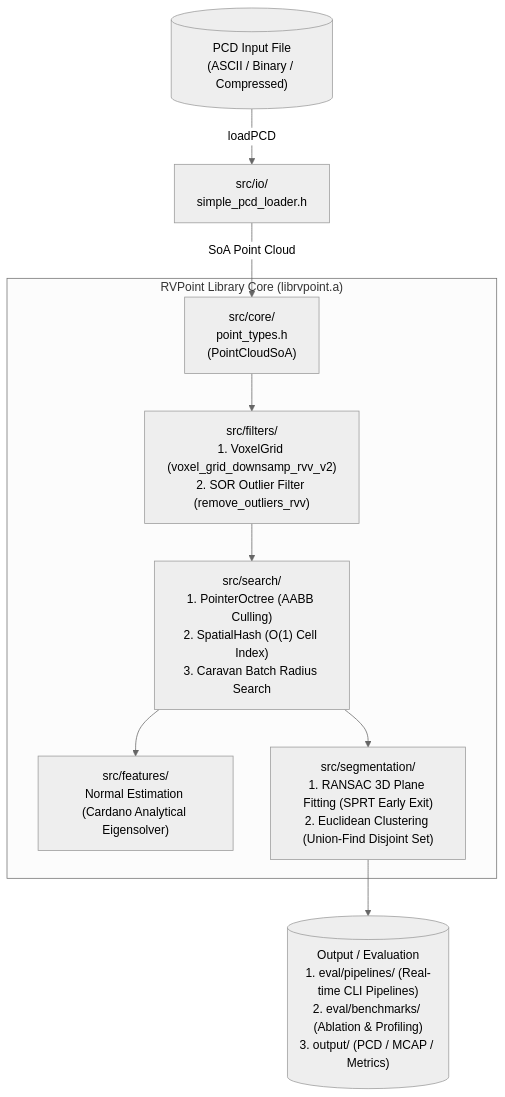
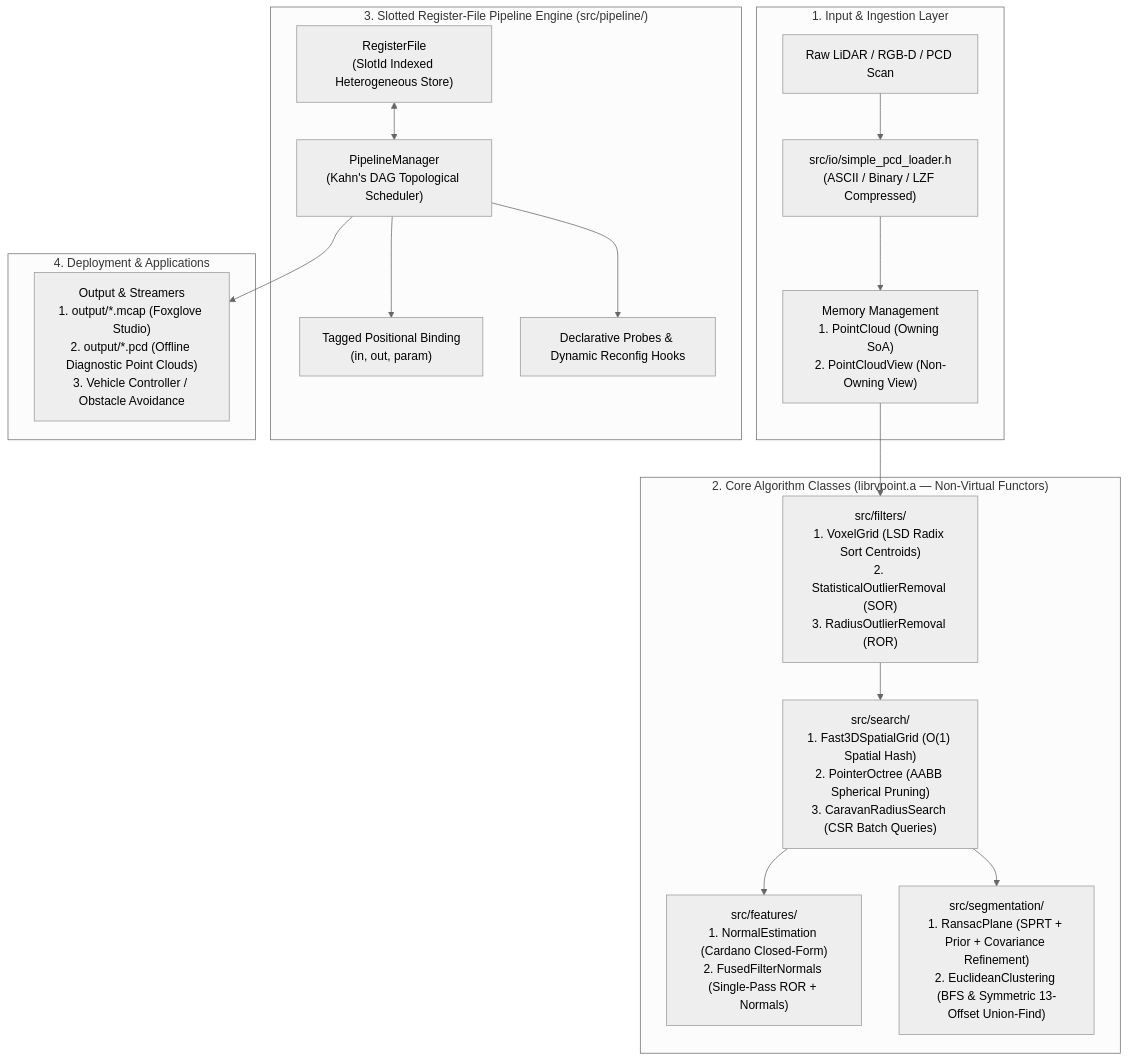
Before and after one commit to Mumu-kun/rvpoint: the diagram in docs/ARCHITECTURE.md, drawn with Mermaid (neutral theme). The commit also changed other lines of this file and 82 other files, not shown here.

First line of the commit message:
refactor(core): standardize functor API and implement slotted DAG pipeline architecture (ADR-0012)

````diff
--- a/docs/ARCHITECTURE.md
+++ b/docs/ARCHITECTURE.md
@@ -24,14 +25,24 @@
 ```mermaid
 graph TD
-    PCD[("PCD Input File\n(ASCII / Binary / Compressed)")] -->|loadPCD| IO["src/io/\nsimple_pcd_loader.h"]
-    IO -->|SoA Point Cloud| CORE["src/core/\npoint_types.h\n(PointCloudSoA)"]
-    
-    subgraph "RVPoint Library Core (librvpoint.a)"
-        CORE --> FILTERS["src/filters/\n1. VoxelGrid (voxel_grid_downsamp_rvv_v2)\n2. SOR Outlier Filter (remove_outliers_rvv)"]
-        FILTERS --> SEARCH["src/search/\n1. PointerOctree (AABB Culling)\n2. SpatialHash (O(1) Cell Index)\n3. Caravan Batch Radius Search"]
-        SEARCH --> FEATURES["src/features/\nNormal Estimation (Cardano Analytical Eigensolver)"]
-        SEARCH --> SEG["src/segmentation/\n1. RANSAC 3D Plane Fitting (SPRT Early Exit)\n2. Euclidean Clustering (Union-Find Disjoint Set)"]
+    subgraph "1. Input & Ingestion Layer"
+        RAW["Raw LiDAR / RGB-D / PCD Scan"] --> IO["src/io/simple_pcd_loader.h\n(ASCII / Binary / LZF Compressed)"]
+        IO --> MEM["Memory Management\n1. PointCloud (Owning SoA)\n2. PointCloudView (Non-Owning View)"]
     end
-    
-    SEG --> OUTPUT[("Output / Evaluation\n1. eval/pipelines/ (Real-time CLI Pipelines)\n2. eval/benchmarks/ (Ablation & Profiling)\n3. output/ (PCD / MCAP / Metrics)")]
+
+    subgraph "2. Core Algorithm Classes (librvpoint.a — Non-Virtual Functors)"
+        MEM --> FILTERS["src/filters/\n1. VoxelGrid (LSD Radix Sort Centroids)\n2. StatisticalOutlierRemoval (SOR)\n3. RadiusOutlierRemoval (ROR)"]
+        FILTERS --> SEARCH["src/search/\n1. Fast3DSpatialGrid (O(1) Spatial Hash)\n2. PointerOctree (AABB Spherical Pruning)\n3. CaravanRadiusSearch (CSR Batch Queries)"]
+        SEARCH --> FEATURES["src/features/\n1. NormalEstimation (Cardano Closed-Form)\n2. FusedFilterNormals (Single-Pass ROR + Normals)"]
+        SEARCH --> SEG["src/segmentation/\n1. RansacPlane (SPRT + Prior + Covariance Refinement)\n2. EuclideanClustering (BFS & Symmetric 13-Offset Union-Find)"]
+    end
+
+    subgraph "3. Slotted Register-File Pipeline Engine (src/pipeline/)"
+        RF["RegisterFile\n(SlotId Indexed Heterogeneous Store)"] <--> PM["PipelineManager\n(Kahn's DAG Topological Scheduler)"]
+        PM --> BIND["Tagged Positional Binding\n(in<T>, out<T>, param<T>)"]
+        PM --> PROBES["Declarative Probes & Dynamic Reconfig Hooks"]
+    end
+
+    subgraph "4. Deployment & Applications"
+        PM --> TELEM["Output & Streamers\n1. output/*.mcap (Foxglove Studio)\n2. output/*.pcd (Offline Diagnostic Point Clouds)\n3. Vehicle Controller / Obstacle Avoidance"]
+    end
 ```
````
